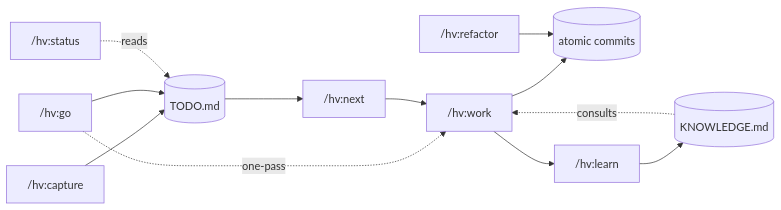
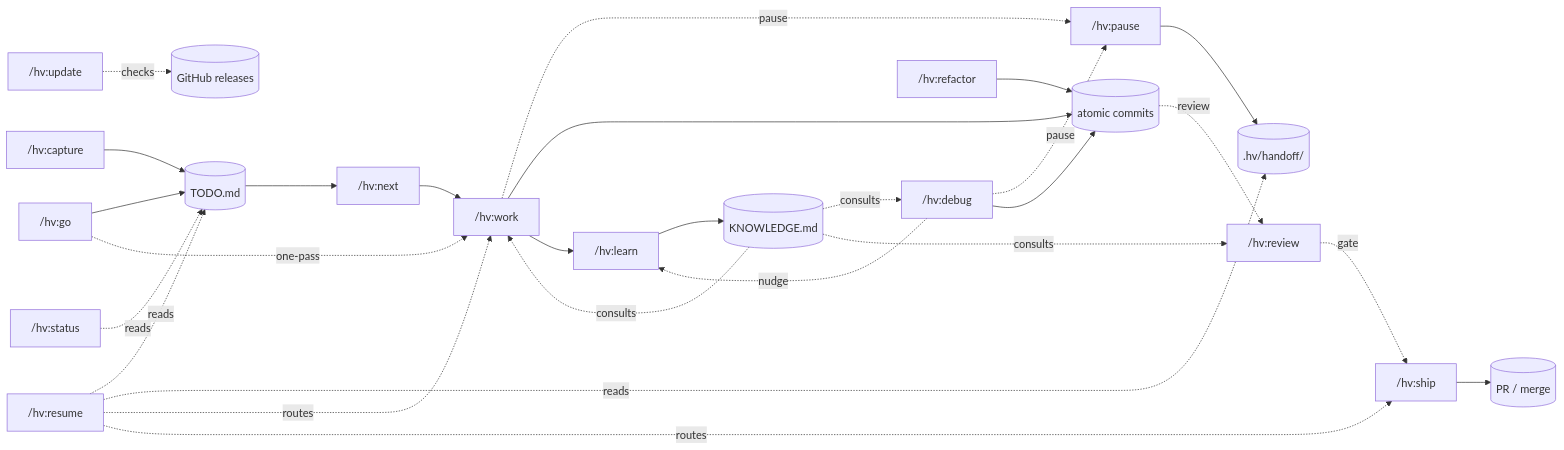
Before and after one commit to l4ci/hv-skills: the diagram in README.md, drawn with Mermaid. The commit also changed other lines of this file and 14 other files, not shown here.

````diff
--- a/README.md
+++ b/README.md
@@ -65,14 +73,29 @@
 ```mermaid
 flowchart LR
   CAP["/hv:capture"] --> TODO[(TODO.md)]
   GO["/hv:go"] --> TODO
   GO -.one-pass.-> WORK
   TODO --> NEXT["/hv:next"]
   NEXT --> WORK["/hv:work"]
   STATUS["/hv:status"] -.reads.-> TODO
+  WORK -.pause.-> PAUSE["/hv:pause"]
+  DEBUG -.pause.-> PAUSE
+  PAUSE --> HANDOFF[(.hv/handoff/)]
+  RESUME["/hv:resume"] -.reads.-> TODO
+  RESUME -.reads.-> HANDOFF
+  RESUME -.routes.-> WORK
+  RESUME -.routes.-> SHIP
   WORK --> COMMIT[(atomic commits)]
+  DEBUG["/hv:debug"] --> COMMIT
+  REFACTOR["/hv:refactor"] --> COMMIT
+  COMMIT -.review.-> REVIEW["/hv:review"]
+  REVIEW -.gate.-> SHIP["/hv:ship"]
+  SHIP --> PR[(PR / merge)]
   WORK --> LEARN["/hv:learn"]
+  DEBUG -.nudge.-> LEARN
   LEARN --> KNOW[(KNOWLEDGE.md)]
   KNOW -.consults.-> WORK
-  REFACTOR["/hv:refactor"] --> COMMIT
+  KNOW -.consults.-> DEBUG
+  KNOW -.consults.-> REVIEW
+  UPDATE["/hv:update"] -.checks.-> RELEASES[(GitHub releases)]
 ```
````
